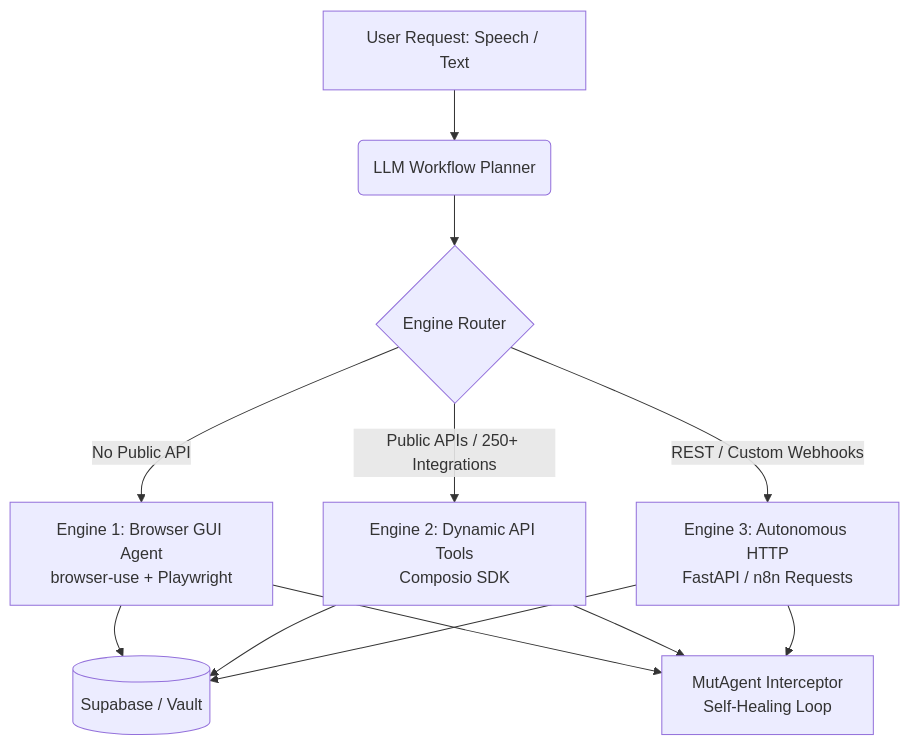
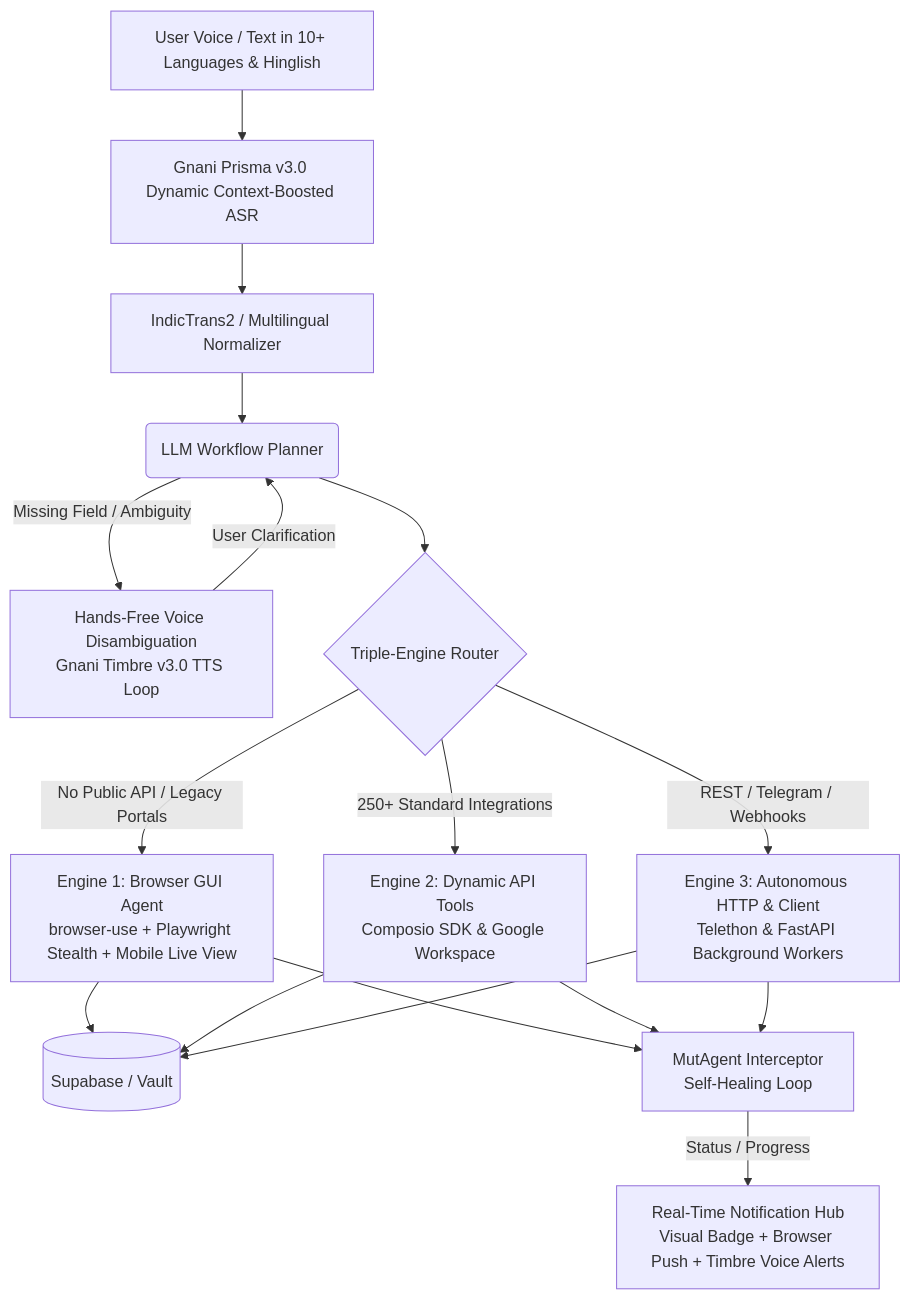
One commit to SatyaViswas/Vox-Agent changed the diagram in README.md. Above: the diagram before and after it, drawn with Mermaid. The commit also changed other lines of this file and 114 other files, not shown here.

````diff
--- a/README.md
+++ b/README.md
@@ -42,10 +44,15 @@
 ```mermaid
 graph TD
-    A[User Request: Speech / Text] --> B(LLM Workflow Planner)
-    B --> C{Engine Router}
-    C -->|No Public API| D[Engine 1: Browser GUI Agent<br/>browser-use + Playwright]
-    C -->|Public APIs / 250+ Integrations| E[Engine 2: Dynamic API Tools<br/>Composio SDK]
-    C -->|REST / Custom Webhooks| F[Engine 3: Autonomous HTTP<br/>FastAPI / n8n Requests]
-    D & E & F --> G[(Supabase / Vault)]
-    D & E & F --> H[MutAgent Interceptor<br/>Self-Healing Loop]
+    A[User Voice / Text in 10+ Languages & Hinglish] --> B[Gnani Prisma v3.0 Dynamic Context-Boosted ASR]
+    B --> C[IndicTrans2 / Multilingual Normalizer]
+    C --> D(LLM Workflow Planner)
+    D -->|Missing Field / Ambiguity| E[Hands-Free Voice Disambiguation<br/>Gnani Timbre v3.0 TTS Loop]
+    E -->|User Clarification| D
+    D --> F{Triple-Engine Router}
+    F -->|No Public API / Legacy Portals| G[Engine 1: Browser GUI Agent<br/>browser-use + Playwright Stealth + Mobile Live View]
+    F -->|250+ Standard Integrations| H[Engine 2: Dynamic API Tools<br/>Composio SDK & Google Workspace]
+    F -->|REST / Telegram / Webhooks| I[Engine 3: Autonomous HTTP & Client<br/>Telethon & FastAPI Background Workers]
+    G & H & I --> J[(Supabase / Vault)]
+    G & H & I --> K[MutAgent Interceptor<br/>Self-Healing Loop]
+    K -->|Status / Progress| L[Real-Time Notification Hub<br/>Visual Badge + Browser Push + Timbre Voice Alerts]
 ```
````
